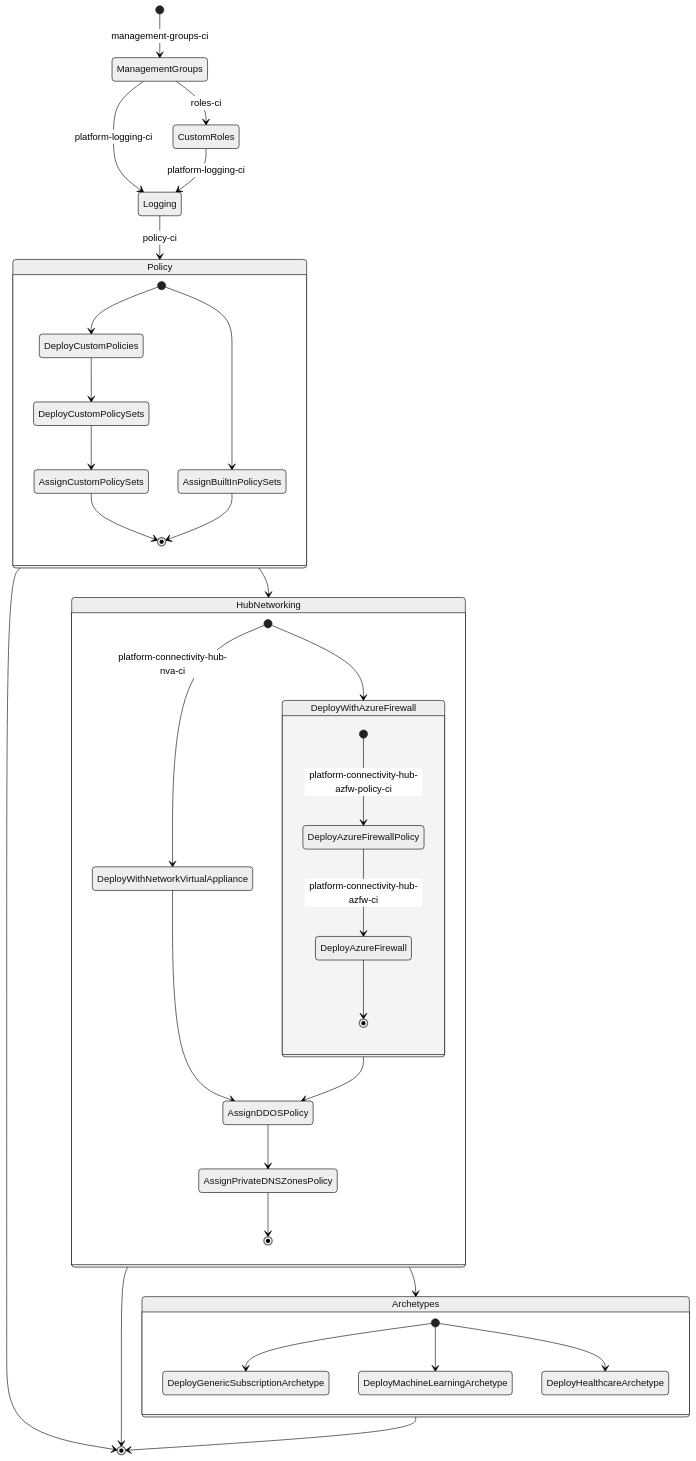
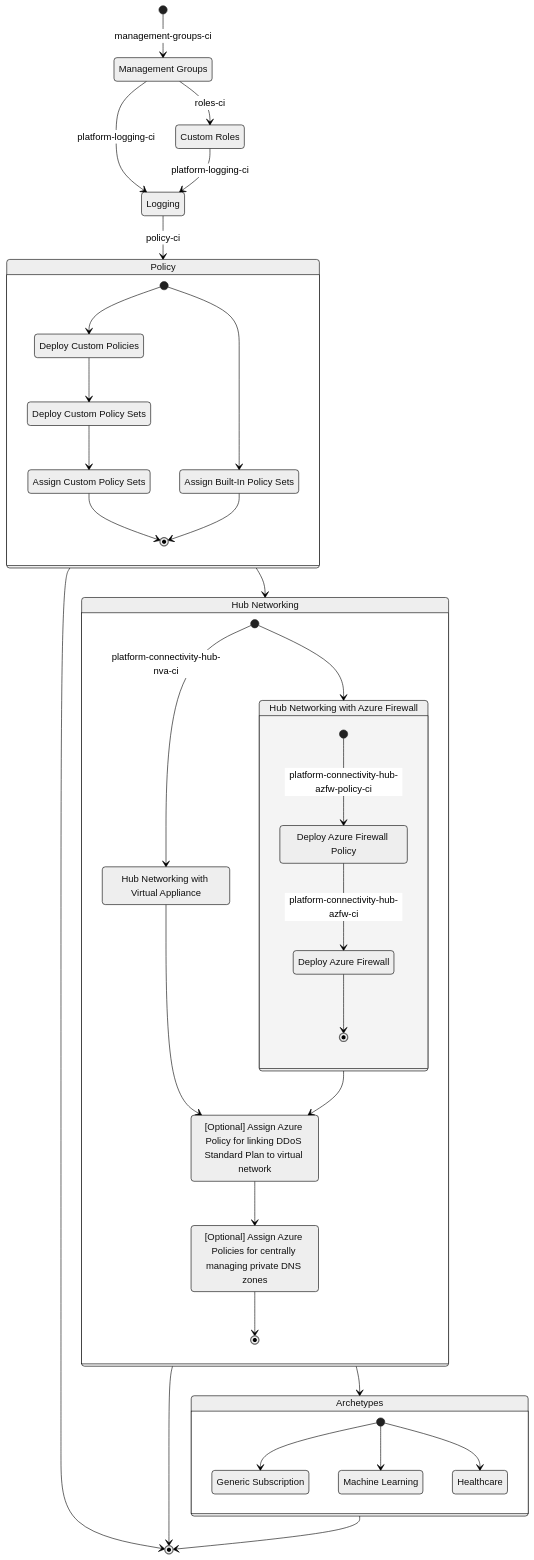
One commit to Azure/CanadaPubSecALZ changed the diagram in docs/onboarding/azure-devops-pipelines.md. Above: the diagram before and after it, drawn with Mermaid (neutral theme).

Commit message:
Add description for each state

````diff
--- a/docs/onboarding/azure-devops-pipelines.md
+++ b/docs/onboarding/azure-devops-pipelines.md
@@ -50,51 +50,70 @@
 ```mermaid
   stateDiagram-v2
+    ManagementGroups: Management Groups
+    CustomRoles: Custom Roles
+    Logging: Logging
+    Policy: Policy
+    DeployCustomPolicies: Deploy Custom Policies
+    DeployCustomPolicySets: Deploy Custom Policy Sets
+    AssignCustomPolicySets: Assign Custom Policy Sets
+    AssignBuiltInPolicySets:  Assign Built-In Policy Sets
+    HubNetworking: Hub Networking
+    DeployWithNetworkVirtualAppliance:  Hub Networking with Virtual Appliance
+    DeployWithAzureFirewall: Hub Networking with Azure Firewall
+    DeployAzureFirewallPolicy: Deploy Azure Firewall Policy
+    DeployAzureFirewall: Deploy Azure Firewall
+    AssignDDOSPolicy: [Optional] Assign Azure Policy for linking DDoS Standard Plan to virtual network
+    AssignPrivateDNSZonesPolicy: [Optional] Assign Azure Policies for centrally managing private DNS zones
+    DeployGenericSubscriptionArchetype: Generic Subscription
+    DeployMachineLearningArchetype: Machine Learning
+    DeployHealthcareArchetype: Healthcare
+    
     [*] --> ManagementGroups: management-groups-ci
     ManagementGroups --> CustomRoles: roles-ci
     ManagementGroups-->Logging: platform-logging-ci
     CustomRoles --> Logging: platform-logging-ci
     Logging --> Policy: policy-ci
 
     state Policy {
         [*] --> DeployCustomPolicies
         DeployCustomPolicies --> DeployCustomPolicySets
         DeployCustomPolicySets --> AssignCustomPolicySets
 
         [*] --> AssignBuiltInPolicySets
 
         AssignCustomPolicySets --> [*]
         AssignBuiltInPolicySets --> [*]
     }
 
     Policy --> HubNetworking
 
     state HubNetworking {
         [*] --> DeployWithNetworkVirtualAppliance: platform-connectivity-hub-nva-ci
         [*] --> DeployWithAzureFirewall
 
         state DeployWithAzureFirewall {
             [*] --> DeployAzureFirewallPolicy: platform-connectivity-hub-azfw-policy-ci
             DeployAzureFirewallPolicy --> DeployAzureFirewall: platform-connectivity-hub-azfw-ci
             DeployAzureFirewall --> [*]
         }
 
         DeployWithNetworkVirtualAppliance --> AssignDDOSPolicy
         DeployWithAzureFirewall --> AssignDDOSPolicy
 
         AssignDDOSPolicy --> AssignPrivateDNSZonesPolicy
 
         AssignPrivateDNSZonesPolicy --> [*]
     }
 
     HubNetworking --> Archetypes
 
     state Archetypes {
         [*] --> DeployGenericSubscriptionArchetype
         [*] --> DeployMachineLearningArchetype
         [*] --> DeployHealthcareArchetype 
     }
 
     Policy --> [*]
     HubNetworking --> [*]
     Archetypes --> [*]
 ```
````
